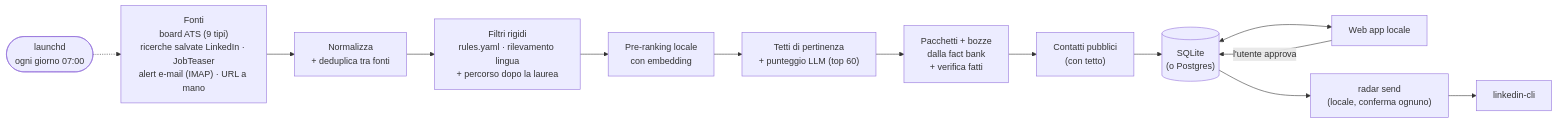
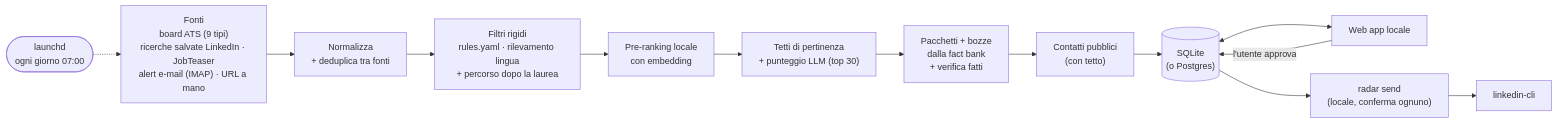
Before and after one commit to DanieleGiovanardi2408/speculor: the diagram in README.it.md, drawn with Mermaid. The commit also changed other lines of this file and 10 other files, not shown here.

First line of the commit message:
feat(llm): fact check and contact search on gpt-oss-20b, 120b only for drafting; score the top 30 a day

````diff
--- a/README.it.md
+++ b/README.it.md
@@ -32,15 +32,15 @@
 ```mermaid
 flowchart LR
     LD(["launchd<br/>ogni giorno 07:00"]) -.-> S
     S["Fonti<br/>board ATS (9 tipi)<br/>ricerche salvate LinkedIn · JobTeaser<br/>alert e-mail (IMAP) · URL a mano"] --> N["Normalizza<br/>+ deduplica tra fonti"]
     N --> F["Filtri rigidi<br/>rules.yaml · rilevamento lingua<br/>+ percorso dopo la laurea"]
     F --> E["Pre-ranking locale<br/>con embedding"]
-    E --> L["Tetti di pertinenza<br/>+ punteggio LLM (top 60)"]
+    E --> L["Tetti di pertinenza<br/>+ punteggio LLM (top 30)"]
     L --> P["Pacchetti + bozze<br/>dalla fact bank<br/>+ verifica fatti"]
     P --> C["Contatti pubblici<br/>(con tetto)"]
     C --> DB[("SQLite<br/>(o Postgres)")]
     DB <--> W["Web app locale"]
     W -->|"l'utente approva"| DB
     DB --> SEND["radar send<br/>(locale, conferma ognuno)"]
     SEND --> LI["linkedin-cli"]
 ```
````
